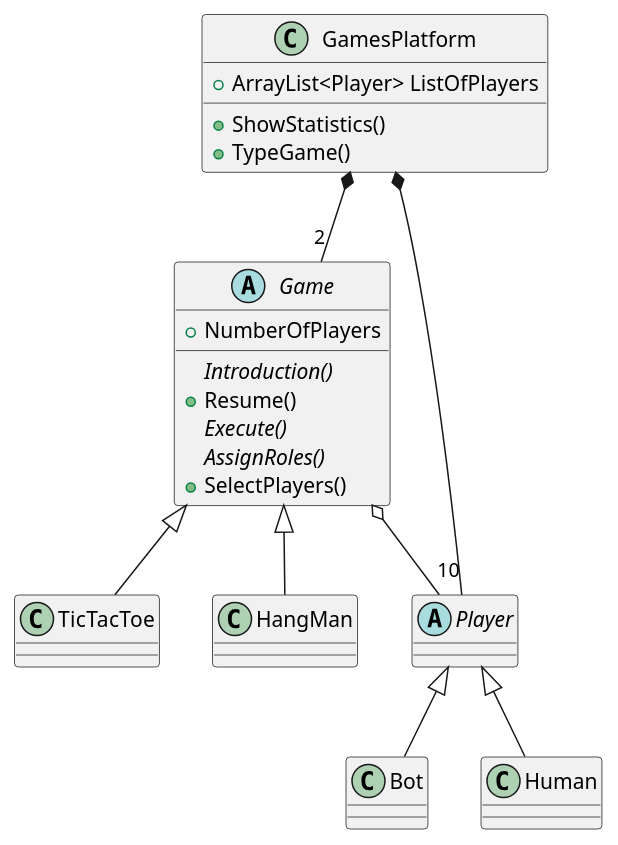
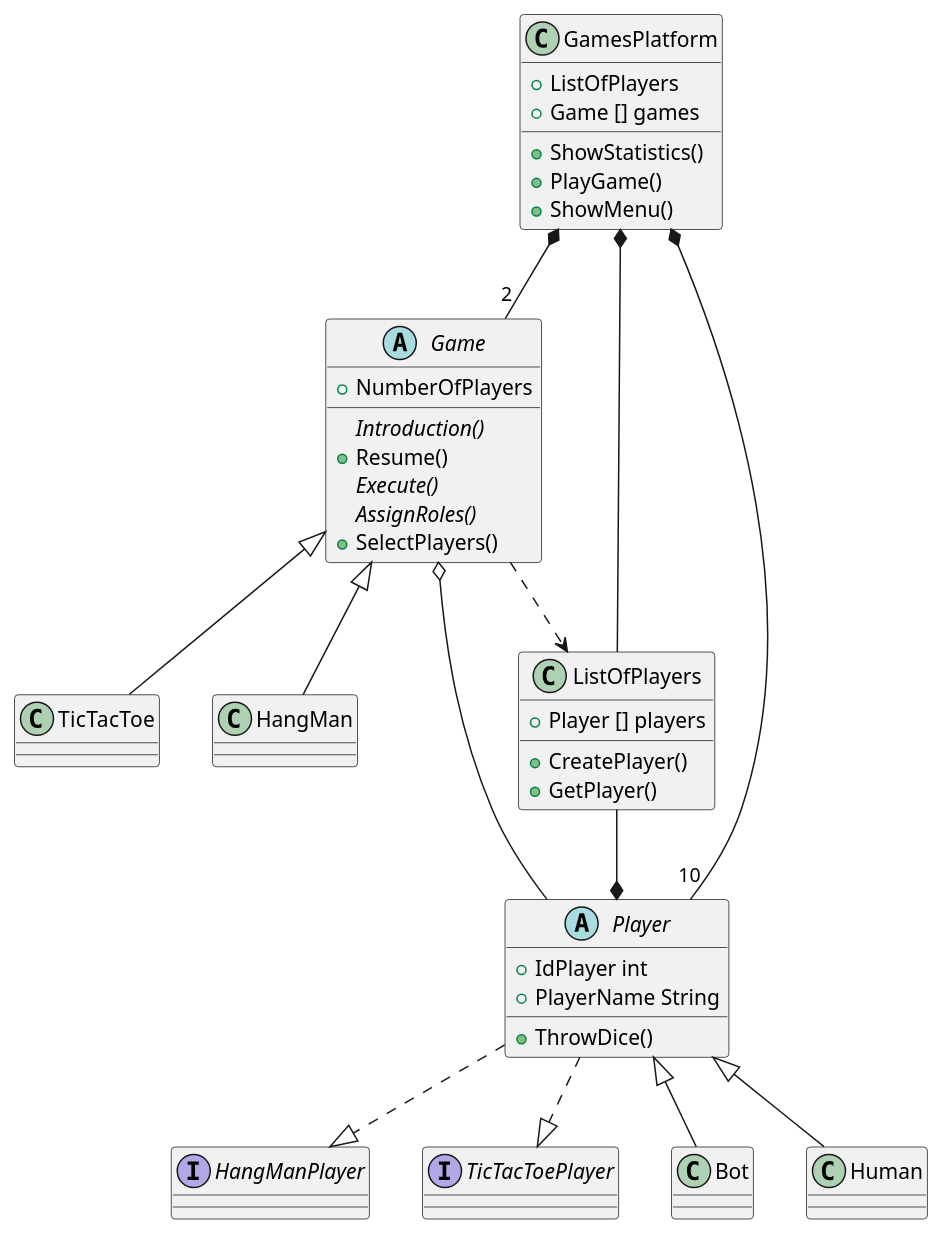
Before and after one commit to Gabs16TL/GamesPlatform: the diagram in diagrams/ClassDiagramMain.wsd, drawn with PlantUML. The commit also changed 1 other file, not shown here.

Commit message:
Se añadieron los diagramas de clases completos de HangMan y Main

```diff
--- a/diagrams/ClassDiagramMain.wsd
+++ b/diagrams/ClassDiagramMain.wsd
@@ -1,34 +1,69 @@
 @startuml
 
 class GamesPlatform {
-    +ArrayList<Player> ListOfPlayers
+    +ListOfPlayers
     +ShowStatistics()
-    +TypeGame()
+    +PlayGame()
+    +Game [] games
+    +ShowMenu()
 }
 abstract class Game {
-
     +NumberOfPlayers
     {abstract}Introduction()
     +Resume()
     {abstract}Execute()
     {abstract}AssignRoles()
     +SelectPlayers()
 }
-class TicTacToe {}
-class HangMan {}
-abstract class Player {
+class TicTacToe {
 
 }
-class Bot {}
-class Human {}
+class HangMan {
+    
+}
+abstract class Player {
+    +IdPlayer int
+    +PlayerName String
+    +ThrowDice()
+}
+
+
+interface HangManPlayer{
+
+}
+
+interface TicTacToePlayer {
+
+}
+
+class ListOfPlayers {
+    
+    +Player [] players
+    +CreatePlayer()
+    +GetPlayer()
+}
+
+class Bot {
+
+}
+class Human {
+
+}
 
 GamesPlatform *-- "10" Player
 GamesPlatform *-- "2" Game
+GamesPlatform *-- ListOfPlayers
 
 Game <|-- TicTacToe
 Game <|-- HangMan
 Game o--Player
 Player <|-- Bot
 Player <|-- Human
+Player ..|>HangManPlayer
+Player ..|>TicTacToePlayer
+
+Game ..> ListOfPlayers
+
+ListOfPlayers --* Player
 
 @enduml
```
